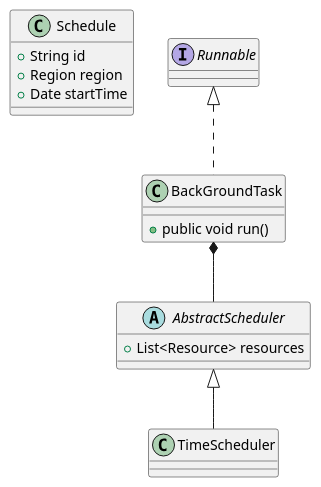
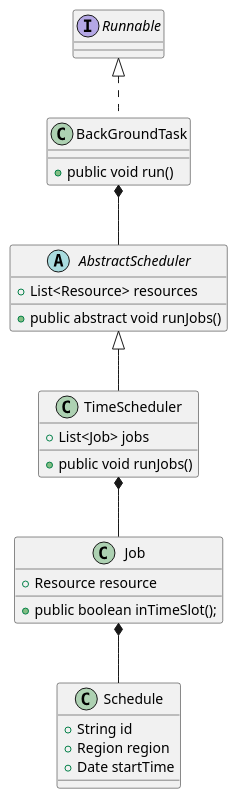
Before and after one commit to essaimra/adFluencer: the diagram in docs/diagrams/scheduling-class-diagrams.puml, drawn with PlantUML. The commit also changed other lines of this file and 25 other files, not shown here.

```diff
--- a/docs/diagrams/scheduling-class-diagrams.puml
+++ b/docs/diagrams/scheduling-class-diagrams.puml
@@ -1,30 +1,36 @@
 @startuml
 'https://plantuml.com/class-diagram
 
     class Schedule{
         + String id
         + Region region
         + Date startTime
     }
 
     abstract class AbstractScheduler{
         + List<Resource> resources
+        + public abstract void runJobs()
     }
 
     class TimeScheduler extends AbstractScheduler{
-
+        + List<Job> jobs
+        + public void runJobs()
     }
 
 
     class BackGroundTask implements Runnable{
        + public void run()
     }
 
+    class Job{
+        + Resource resource
+        + public boolean inTimeSlot();
+    }
+
 
     BackGroundTask *-- AbstractScheduler
-
-
-
+    TimeScheduler *-- Job
+    Job *-- Schedule
 
 
 @enduml
```
